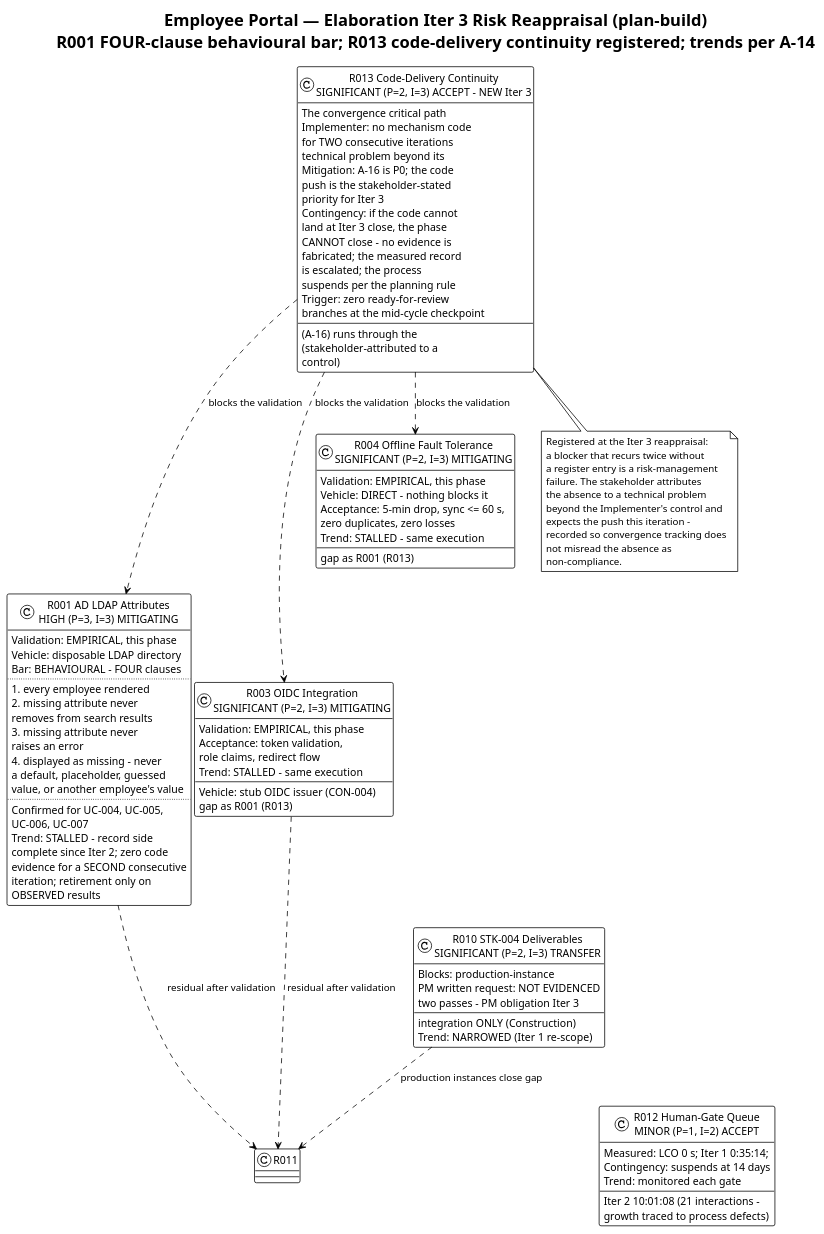
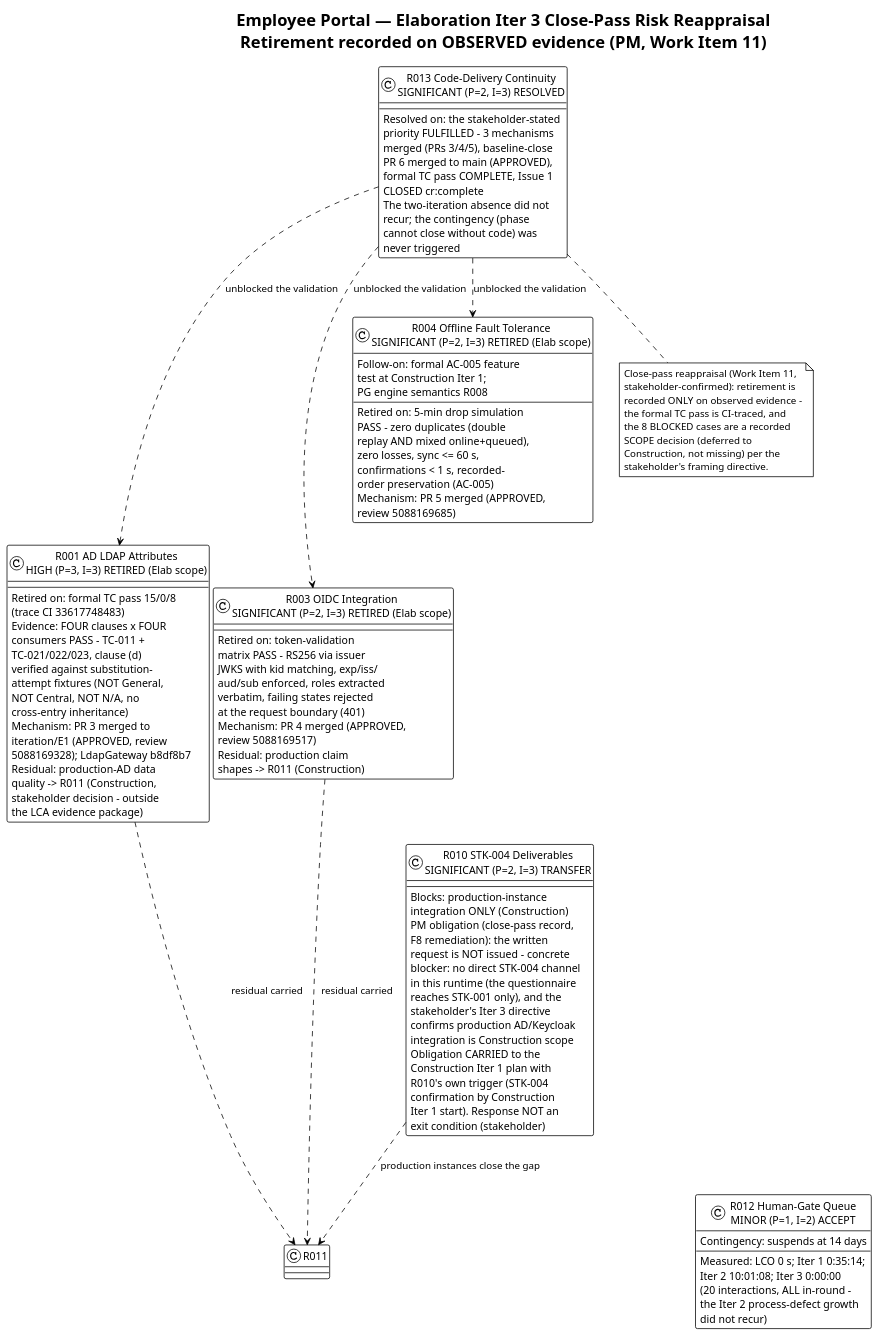
One commit to banense-test/employee-portal changed the second of 2 diagrams in docs/artifacts/project-management/risk-list.md. Above: the diagram before and after it, drawn with PlantUML. The commit also changed other lines of this file, not shown here.

Commit message:
Project Manager [E3]: upsert Risk List
[skip ci]

````diff
--- a/docs/artifacts/project-management/risk-list.md
+++ b/docs/artifacts/project-management/risk-list.md
@@ -149,107 +149,62 @@
 ```plantuml
 @startuml
 !theme plain
-title Employee Portal — Elaboration Iter 3 Risk Reappraisal (plan-build)\nR001 FOUR-clause behavioural bar; R013 code-delivery continuity registered; trends per A-14
+title Employee Portal — Elaboration Iter 3 Close-Pass Risk Reappraisal\nRetirement recorded on OBSERVED evidence (PM, Work Item 11)
 
-class "R001 AD LDAP Attributes\nHIGH (P=3, I=3) MITIGATING" as R001 {
-  Validation: EMPIRICAL, this phase
-  Vehicle: disposable LDAP directory
-  Bar: BEHAVIOURAL - FOUR clauses
-  ..
-  1. every employee rendered
-  2. missing attribute never
-     removes from search results
-  3. missing attribute never
-     raises an error
-  4. displayed as missing - never
-     a default, placeholder, guessed
-     value, or another employee's value
-  ..
-  Confirmed for UC-004, UC-005,
-  UC-006, UC-007
-  Trend: STALLED - record side
-  complete since Iter 2; zero code
-  evidence for a SECOND consecutive
-  iteration; retirement only on
-  OBSERVED results
+class "R001 AD LDAP Attributes\nHIGH (P=3, I=3) RETIRED (Elab scope)" as R001 {
+  Retired on: formal TC pass 15/0/8\n(trace CI 33617748483)
+  Evidence: FOUR clauses x FOUR\nconsumers PASS - TC-011 +\nTC-021/022/023, clause (d)\nverified against substitution-\nattempt fixtures (NOT General,\nNOT Central, NOT N/A, no\ncross-entry inheritance)
+  Mechanism: PR 3 merged to\niteration/E1 (APPROVED, review\n5088169328); LdapGateway b8df8b7
+  Residual: production-AD data\nquality -> R011 (Construction,\nstakeholder decision - outside\nthe LCA evidence package)
 }
 
-class "R003 OIDC Integration\nSIGNIFICANT (P=2, I=3) MITIGATING" as R003 {
-  Validation: EMPIRICAL, this phase
-  Vehicle: stub OIDC issuer (CON-004)
-  Acceptance: token validation,
-  role claims, redirect flow
-  Trend: STALLED - same execution
-  gap as R001 (R013)
+class "R003 OIDC Integration\nSIGNIFICANT (P=2, I=3) RETIRED (Elab scope)" as R003 {
+  Retired on: token-validation\nmatrix PASS - RS256 via issuer\nJWKS with kid matching, exp/iss/\naud/sub enforced, roles extracted\nverbatim, failing states rejected\nat the request boundary (401)
+  Mechanism: PR 4 merged (APPROVED,\nreview 5088169517)
+  Residual: production claim\nshapes -> R011 (Construction)
 }
 
-class "R004 Offline Fault Tolerance\nSIGNIFICANT (P=2, I=3) MITIGATING" as R004 {
-  Validation: EMPIRICAL, this phase
-  Vehicle: DIRECT - nothing blocks it
-  Acceptance: 5-min drop, sync <= 60 s,
-  zero duplicates, zero losses
-  Trend: STALLED - same execution
-  gap as R001 (R013)
+class "R004 Offline Fault Tolerance\nSIGNIFICANT (P=2, I=3) RETIRED (Elab scope)" as R004 {
+  Retired on: 5-min drop simulation\nPASS - zero duplicates (double\nreplay AND mixed online+queued),\nzero losses, sync <= 60 s,\nconfirmations < 1 s, recorded-\norder preservation (AC-005)
+  Mechanism: PR 5 merged (APPROVED,\nreview 5088169685)
+  Follow-on: formal AC-005 feature\ntest at Construction Iter 1;\nPG engine semantics R008
 }
 
-class "R013 Code-Delivery Continuity\nSIGNIFICANT (P=2, I=3) ACCEPT - NEW Iter 3" as R013 {
-  The convergence critical path
-  (A-16) runs through the
-  Implementer: no mechanism code
-  for TWO consecutive iterations
-  (stakeholder-attributed to a
-  technical problem beyond its
-  control)
-  Mitigation: A-16 is P0; the code
-  push is the stakeholder-stated
-  priority for Iter 3
-  Contingency: if the code cannot
-  land at Iter 3 close, the phase
-  CANNOT close - no evidence is
-  fabricated; the measured record
-  is escalated; the process
-  suspends per the planning rule
-  Trigger: zero ready-for-review
-  branches at the mid-cycle checkpoint
+class "R013 Code-Delivery Continuity\nSIGNIFICANT (P=2, I=3) RESOLVED" as R013 {
+  Resolved on: the stakeholder-stated\npriority FULFILLED - 3 mechanisms\nmerged (PRs 3/4/5), baseline-close\nPR 6 merged to main (APPROVED),\nformal TC pass COMPLETE, Issue 1\nCLOSED cr:complete
+  The two-iteration absence did not\nrecur; the contingency (phase\ncannot close without code) was\nnever triggered
 }
 
 class "R010 STK-004 Deliverables\nSIGNIFICANT (P=2, I=3) TRANSFER" as R010 {
-  Blocks: production-instance
-  integration ONLY (Construction)
-  PM written request: NOT EVIDENCED
-  two passes - PM obligation Iter 3
-  Trend: NARROWED (Iter 1 re-scope)
+  Blocks: production-instance\nintegration ONLY (Construction)
+  PM obligation (close-pass record,\nF8 remediation): the written\nrequest is NOT issued - concrete\nblocker: no direct STK-004 channel\nin this runtime (the questionnaire\nreaches STK-001 only), and the\nstakeholder's Iter 3 directive\nconfirms production AD/Keycloak\nintegration is Construction scope
+  Obligation CARRIED to the\nConstruction Iter 1 plan with\nR010's own trigger (STK-004\nconfirmation by Construction\nIter 1 start). Response NOT an\nexit condition (stakeholder)
 }
 
 class "R012 Human-Gate Queue\nMINOR (P=1, I=2) ACCEPT" as R012 {
-  Measured: LCO 0 s; Iter 1 0:35:14;
-  Iter 2 10:01:08 (21 interactions -
-  growth traced to process defects)
+  Measured: LCO 0 s; Iter 1 0:35:14;\nIter 2 10:01:08; Iter 3 0:00:00\n(20 interactions, ALL in-round -\nthe Iter 2 process-defect growth\ndid not recur)
   Contingency: suspends at 14 days
-  Trend: monitored each gate
 }
 
-R013 ..> R001 : blocks the validation
-R013 ..> R003 : blocks the validation
-R013 ..> R004 : blocks the validation
-R001 ..> R011 : residual after validation
-R003 ..> R011 : residual after validation
-R010 ..> R011 : production instances close gap
+R013 ..> R001 : unblocked the validation
+R013 ..> R003 : unblocked the validation
+R013 ..> R004 : unblocked the validation
+R001 ..> R011 : residual carried
+R003 ..> R011 : residual carried
+R010 ..> R011 : production instances close the gap
 R004 -[hidden]-> R010
 R010 -[hidden]-> R012
 R012 -[hidden]-> R013
 
 note bottom of R013
-  Registered at the Iter 3 reappraisal:
-  a blocker that recurs twice without
-  a register entry is a risk-management
-  failure. The stakeholder attributes
-  the absence to a technical problem
-  beyond the Implementer's control and
-  expects the push this iteration -
-  recorded so convergence tracking does
-  not misread the absence as
-  non-compliance.
+  Close-pass reappraisal (Work Item 11,
+  stakeholder-confirmed): retirement is
+  recorded ONLY on observed evidence -
+  the formal TC pass is CI-traced, and
+  the 8 BLOCKED cases are a recorded
+  SCOPE decision (deferred to
+  Construction, not missing) per the
+  stakeholder's framing directive.
 end note
 @enduml
 ```
````
